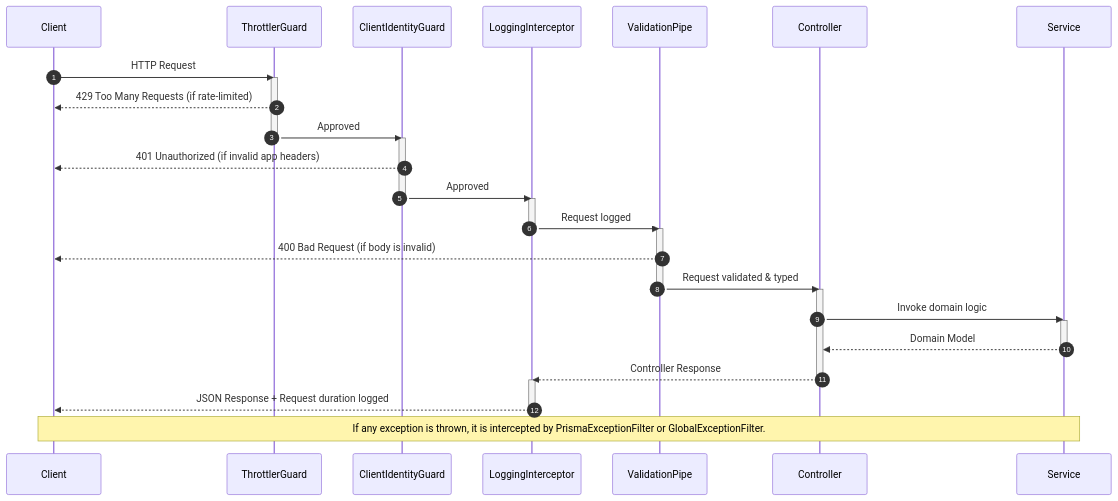
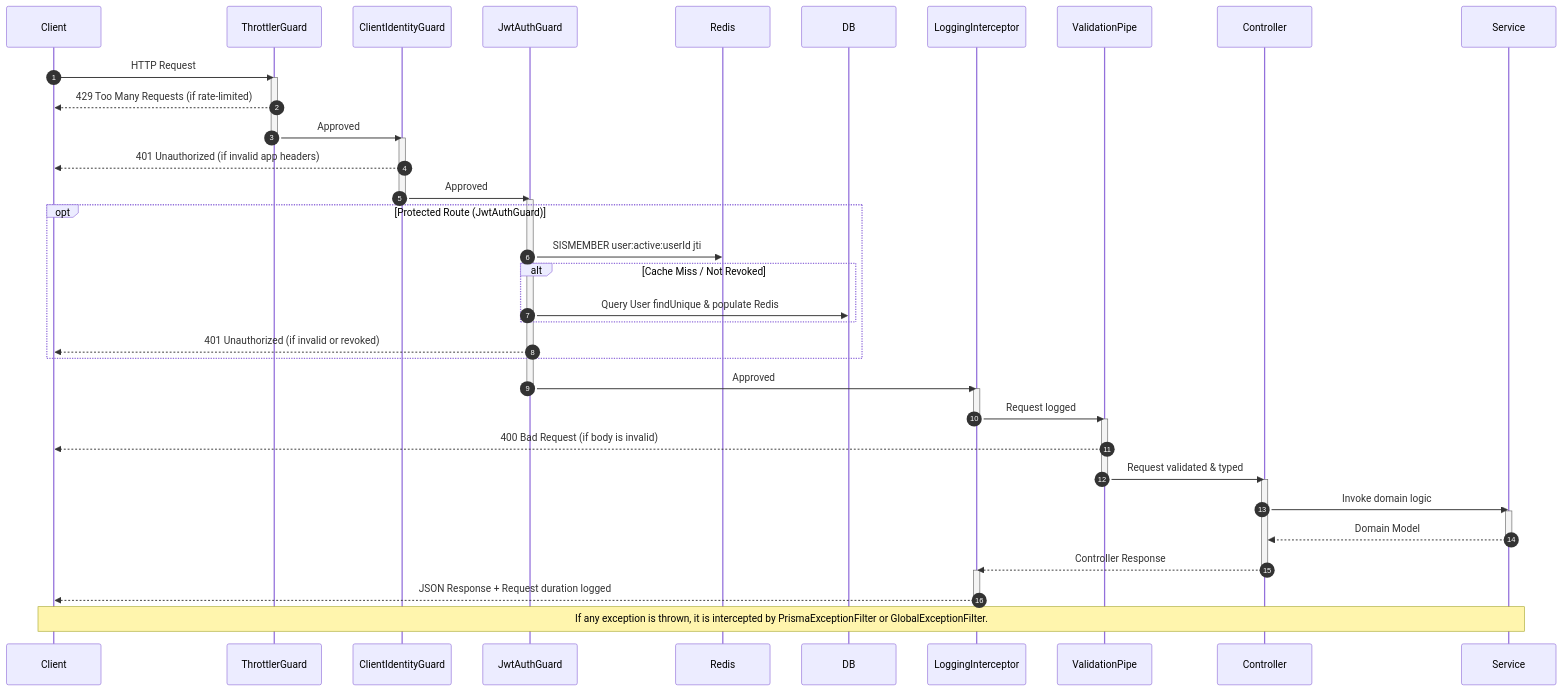
Before and after one commit to SaveSoulApp/Breathaway-Backend: the second of 2 diagrams in docs/docs/architecture.md, drawn with Mermaid. The commit also changed other lines of this file and 26 other files, not shown here.

First line of the commit message:
[Feature] JWT Redis (#116)

````diff
--- a/docs/docs/architecture.md
+++ b/docs/docs/architecture.md
@@ -101,37 +112,48 @@
 ```mermaid
 sequenceDiagram
     autonumber
     Client ->> ThrottlerGuard: HTTP Request
     activate ThrottlerGuard
     ThrottlerGuard -->> Client: 429 Too Many Requests (if rate-limited)
     ThrottlerGuard ->> ClientIdentityGuard: Approved
     deactivate ThrottlerGuard
 
     activate ClientIdentityGuard
     ClientIdentityGuard -->> Client: 401 Unauthorized (if invalid app headers)
-    ClientIdentityGuard ->> LoggingInterceptor: Approved
+    ClientIdentityGuard ->> JwtAuthGuard: Approved
     deactivate ClientIdentityGuard
+
+    activate JwtAuthGuard
+    opt Protected Route (JwtAuthGuard)
+        JwtAuthGuard ->> Redis: SISMEMBER user:active:userId jti
+        alt Cache Miss / Not Revoked
+            JwtAuthGuard ->> DB: Query User findUnique & populate Redis
+        end
+        JwtAuthGuard -->> Client: 401 Unauthorized (if invalid or revoked)
+    end
+    JwtAuthGuard ->> LoggingInterceptor: Approved
+    deactivate JwtAuthGuard
 
     activate LoggingInterceptor
     LoggingInterceptor ->> ValidationPipe: Request logged
     deactivate LoggingInterceptor
 
     activate ValidationPipe
     ValidationPipe -->> Client: 400 Bad Request (if body is invalid)
     ValidationPipe ->> Controller: Request validated & typed
     deactivate ValidationPipe
 
     activate Controller
     Controller ->> Service: Invoke domain logic
     activate Service
     Service -->> Controller: Domain Model
     deactivate Service
     Controller -->> LoggingInterceptor: Controller Response
     deactivate Controller
 
     activate LoggingInterceptor
     LoggingInterceptor -->> Client: JSON Response + Request duration logged
     deactivate LoggingInterceptor
 
     Note over Client, Service: If any exception is thrown, it is intercepted by PrismaExceptionFilter or GlobalExceptionFilter.
 ```
````
